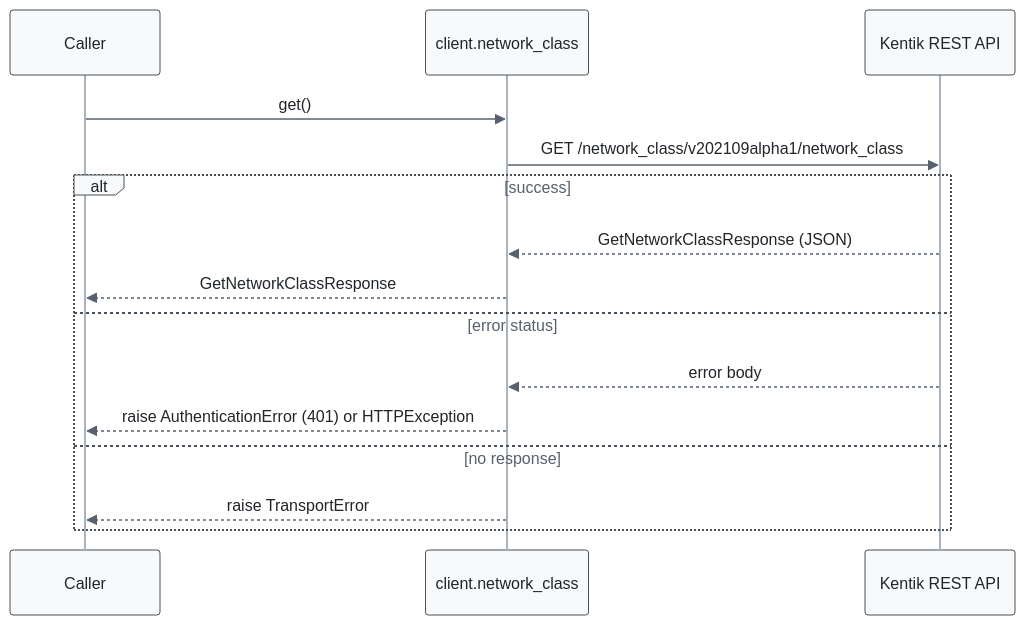
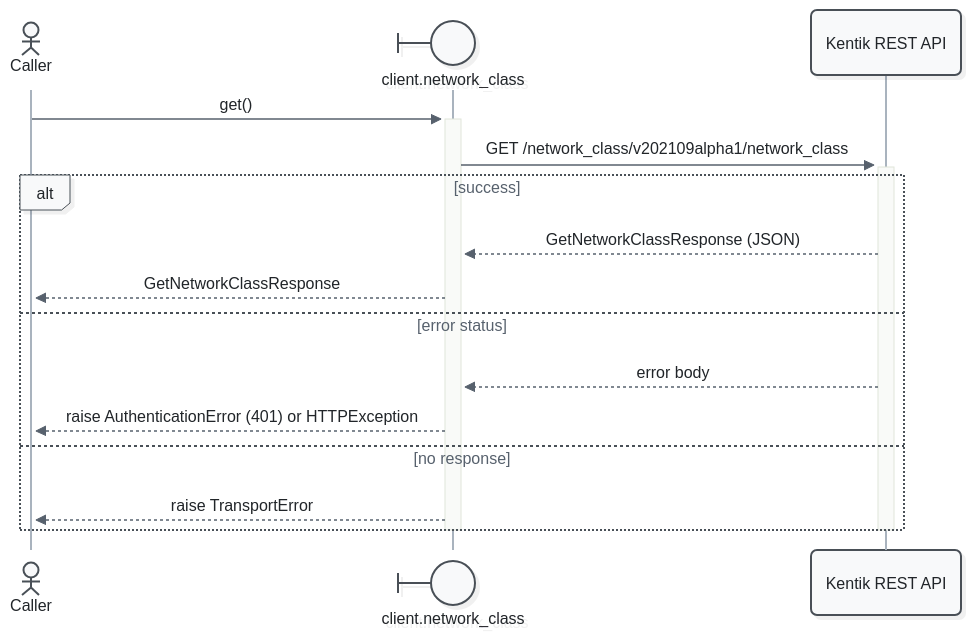
The first of 5 diagrams in docs/sphinx/services/network_class.md (alexdearaujo/community_sdk_python), drawn with Mermaid before and after one commit. The commit also changed other lines of this file and 52 other files, not shown here.

First line of the commit message:
docs: Mermaid 12 sequence diagrams with participant types and path colors

````diff
--- a/docs/sphinx/services/network_class.md
+++ b/docs/sphinx/services/network_class.md
@@ -33,19 +33,21 @@
 ```mermaid
-%%{init: {"theme": "base", "fontFamily": "ui-monospace, SFMono-Regular, Menlo, monospace", "themeVariables": {"fontFamily": "ui-monospace, SFMono-Regular, Menlo, monospace", "primaryColor": "#f8f9fa", "primaryBorderColor": "#495057", "primaryTextColor": "#212529", "textColor": "#212529", "lineColor": "#77818c", "edgeLabelBackground": "#ffffff", "actorBkg": "#f8f9fa", "actorBorder": "#495057", "actorTextColor": "#212529", "actorLineColor": "#a9b3be", "signalColor": "#57616d", "signalTextColor": "#212529", "labelBoxBkgColor": "#f8f9fa", "labelBoxBorderColor": "#495057", "labelTextColor": "#212529", "loopTextColor": "#57616d", "noteBkgColor": "#fff9db", "noteBorderColor": "#f08c00", "noteTextColor": "#a35a00"}, "flowchart": {"curve": "step", "nodeSpacing": 30, "rankSpacing": 70, "wrappingWidth": 400}}}%%
+%%{init: {"theme": "redux", "look": "neo", "layout": "dagre", "fontFamily": "ui-monospace, SFMono-Regular, Menlo, monospace", "themeVariables": {"fontFamily": "ui-monospace, SFMono-Regular, Menlo, monospace", "primaryColor": "#f8f9fa", "primaryBorderColor": "#495057", "primaryTextColor": "#212529", "textColor": "#212529", "lineColor": "#77818c", "edgeLabelBackground": "#ffffff", "actorBkg": "#f8f9fa", "actorBorder": "#495057", "actorTextColor": "#212529", "actorLineColor": "#a9b3be", "signalColor": "#57616d", "signalTextColor": "#212529", "labelBoxBkgColor": "#f8f9fa", "labelBoxBorderColor": "#495057", "labelTextColor": "#212529", "loopTextColor": "#57616d", "noteBkgColor": "#fff9db", "noteBorderColor": "#f08c00", "noteTextColor": "#a35a00"}, "sequence": {"activationWidth": 16}, "flowchart": {"curve": "step", "nodeSpacing": 30, "rankSpacing": 70, "wrappingWidth": 400}}}%%
 sequenceDiagram
-    participant C as Caller
-    participant W as client.network_class
+    actor C as Caller
+    participant W@{ "type": "boundary" } as client.network_class
     participant API as Kentik REST API
 
-    C->>W: get()
-    W->>API: GET /network_class/v202109alpha1/network_class
+    C->>+W: get()
+    W->>+API: GET /network_class/v202109alpha1/network_class
     alt success
         API-->>W: GetNetworkClassResponse (JSON)
         W-->>C: GetNetworkClassResponse
     else error status
         API-->>W: error body
         W-->>C: raise AuthenticationError (401) or HTTPException
     else no response
         W-->>C: raise TransportError
     end
+    deactivate API
+    deactivate W
 ```
````
